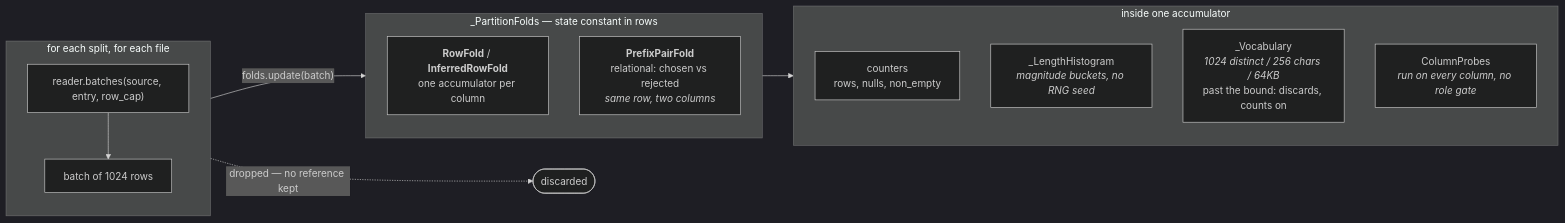
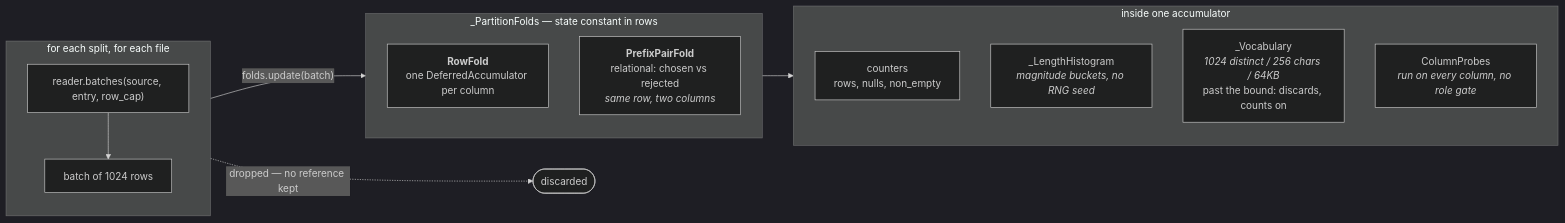
The second of 3 diagrams in plugins/nemo-datasets/README.md (NVIDIA-NeMo/nemo-platform), drawn with Mermaid (dark theme) before and after one commit. The commit also changed other lines of this file and 3 other files, not shown here.

````diff
--- a/plugins/nemo-datasets/README.md
+++ b/plugins/nemo-datasets/README.md
@@ -285,28 +289,28 @@
 ```mermaid
 flowchart LR
     subgraph FILES["for each split, for each file"]
         direction TB
         OPEN["reader.batches(source, entry, row_cap)"]
         OPEN --> B1["batch of 1024 rows"]
     end
 
     B1 -->|"folds.update(batch)"| FOLD
 
     subgraph FOLD["_PartitionFolds — state constant in rows"]
         direction TB
-        COL["<b>RowFold</b> / <b>InferredRowFold</b><br/>one accumulator per column"]
+        COL["<b>RowFold</b><br/>one DeferredAccumulator per column"]
         PRE["<b>PrefixPairFold</b><br/>relational: chosen vs rejected<br/><i>same row, two columns</i>"]
     end
 
     B1 -.->|"dropped — no reference kept"| GONE(["discarded"])
 
     FOLD --> ACC
 
     subgraph ACC["inside one accumulator"]
         direction TB
         CNT["counters<br/>rows, nulls, non_empty"]
         HIST["_LengthHistogram<br/><i>magnitude buckets, no RNG seed</i>"]
         VOC["_Vocabulary<br/><i>1024 distinct / 256 chars / 64KB</i><br/>past the bound: discards, counts on"]
         PROBE["ColumnProbes<br/><i>run on every column, no role gate</i>"]
     end
 ```
````
